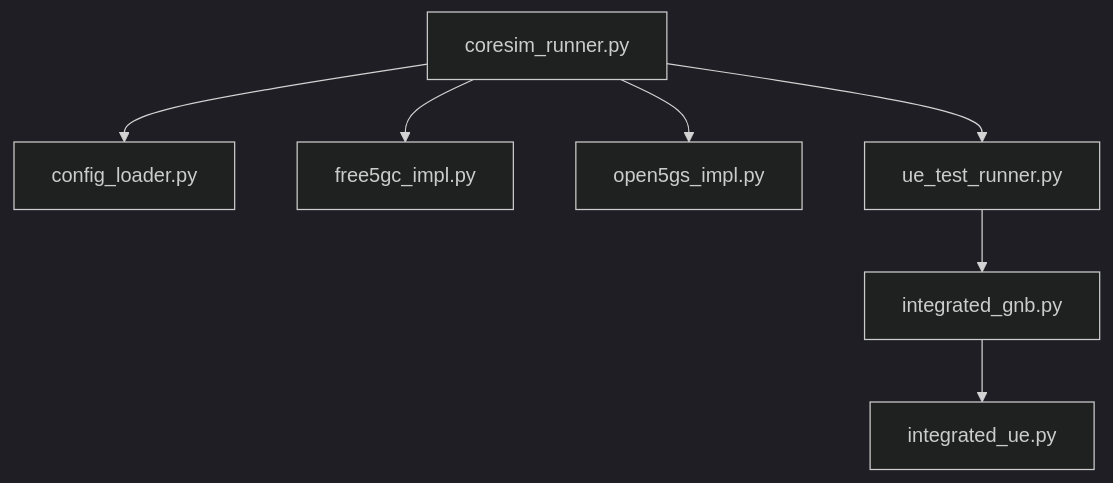
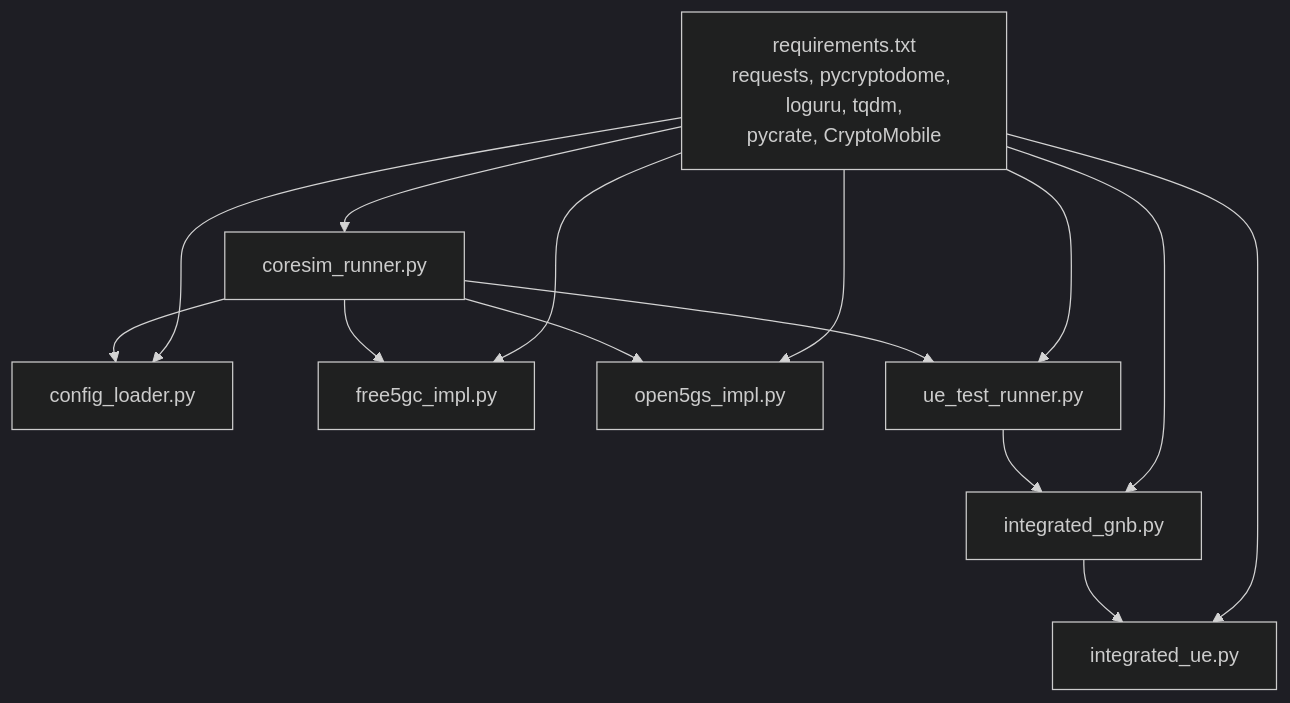
The sixth of 6 diagrams in .qoder/repowiki/en/content/Project Overview/Project Overview.md (hackeryounow/coresimrunner), drawn with Mermaid (dark theme) before and after one commit. The commit also changed other lines of this file and 6 other files, not shown here.

````diff
--- a/.qoder/repowiki/en/content/Project Overview/Project Overview.md
+++ b/.qoder/repowiki/en/content/Project Overview/Project Overview.md
@@ -299,16 +337,24 @@
 ```mermaid
 graph TB
 CRS["coresim_runner.py"]
 CL["config_loader.py"]
 F5["free5gc_impl.py"]
 O5["open5gs_impl.py"]
 UTR["ue_test_runner.py"]
 IG["integrated_gnb.py"]
 IU["integrated_ue.py"]
+REQ["requirements.txt<br/>requests, pycryptodome, loguru, tqdm,<br/>pycrate, CryptoMobile"]
 CRS --> CL
 CRS --> F5
 CRS --> O5
 CRS --> UTR
 UTR --> IG
 IG --> IU
+REQ --> CRS
+REQ --> CL
+REQ --> F5
+REQ --> O5
+REQ --> UTR
+REQ --> IG
+REQ --> IU
 ```
````
